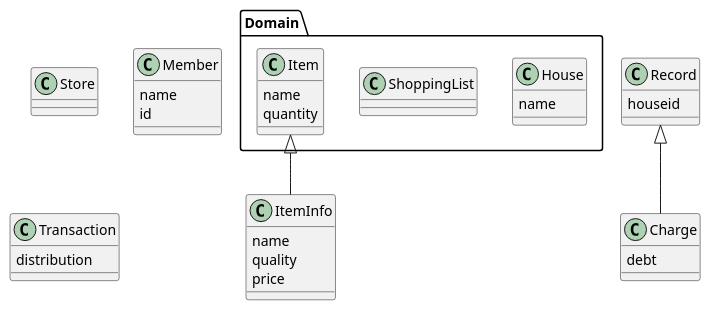
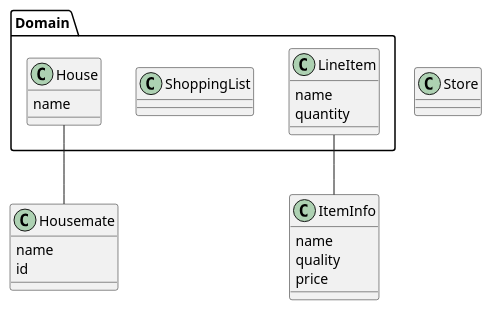
One commit to willemnielsen/House-App changed the fourth of 4 diagrams in doc/design.md. Above: the diagram before and after it, drawn with PlantUML. The commit also changed other lines of this file, not shown here.

Commit message:
Updated Domain model, sequence diagram and class diagram to be simpler

````diff
--- a/doc/design.md
+++ b/doc/design.md
@@ -127,38 +114,30 @@
 ```plantuml
 @startuml
 
 class Domain.House {
     name
     }
 
 class Domain.ShoppingList
-class Domain.Item {
+class Domain.LineItem {
     name
     quantity 
     }
 class ItemInfo {
     name
     quality
     price
     }
 class Store
-class Member {
+class Housemate {
     name
     id
     }
 
-class Transaction {
-    distribution
-    }
-class Record { 
-    houseid
-}
 
-class Charge{
-    debt
-}
-Domain.Item <|-- ItemInfo 
+Domain.LineItem -- ItemInfo 
+Domain.House -- Housemate
 
-Record <|-- Charge
+
 @enduml
 ```
````
